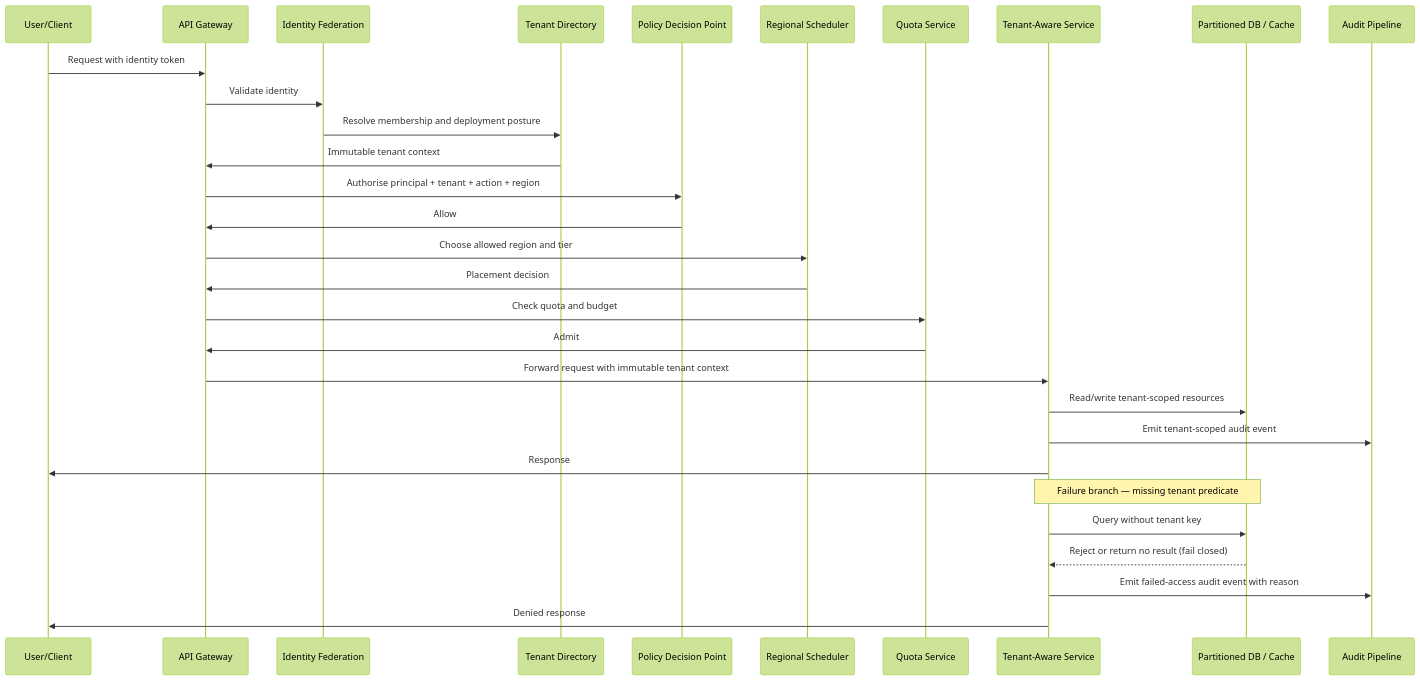
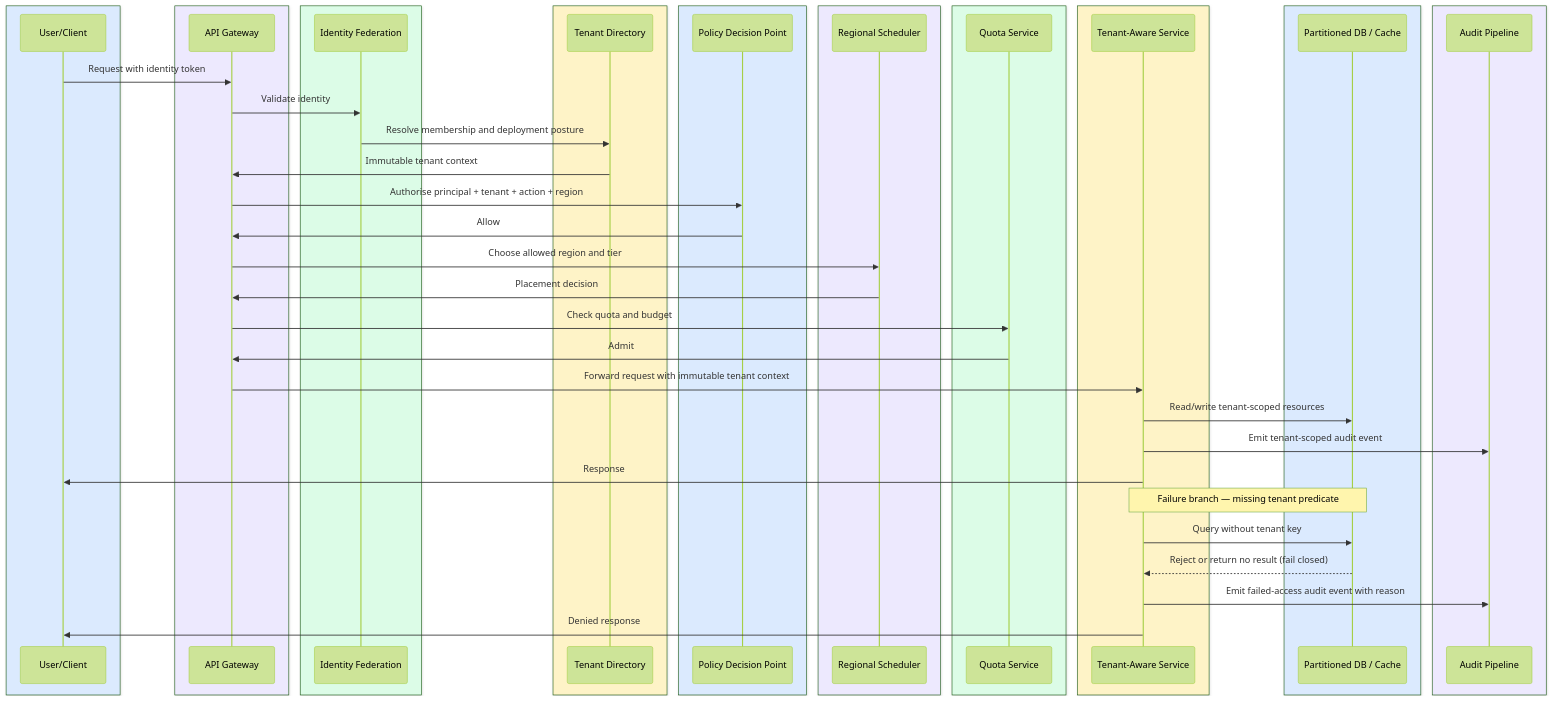
Before and after one commit to Sourav692/Forward-Deployed-Engineer-Interview-Prep: the fifth of 5 diagrams in site/content/modules/15-fde-case-studies/platforms-and-scale/secure-multi-tenant-ai-platform/full-pack-part-2.md, drawn with Mermaid (forest theme). The commit also changed other lines of this file and 1268 other files, not shown here.

Commit message:
content: polish casebook prose and colour Mermaid diagrams

````diff
--- a/site/content/modules/15-fde-case-studies/platforms-and-scale/secure-multi-tenant-ai-platform/full-pack-part-2.md
+++ b/site/content/modules/15-fde-case-studies/platforms-and-scale/secure-multi-tenant-ai-platform/full-pack-part-2.md
@@ -132,32 +203,52 @@
 ```mermaid
 sequenceDiagram
-    participant User as User/Client
-    participant GW as API Gateway
-    participant IF as Identity Federation
-    participant TD as Tenant Directory
-    participant PDP as Policy Decision Point
-    participant RS as Regional Scheduler
-    participant Q as Quota Service
-    participant TAS as Tenant-Aware Service
-    participant DB as Partitioned DB / Cache
-    participant Audit as Audit Pipeline
+    box rgb(219,234,254)
+        participant User as User/Client
+    end
+    box rgb(237,233,254)
+        participant GW as API Gateway
+    end
+    box rgb(220,252,231)
+        participant IF as Identity Federation
+    end
+    box rgb(254,243,199)
+        participant TD as Tenant Directory
+    end
+    box rgb(219,234,254)
+        participant PDP as Policy Decision Point
+    end
+    box rgb(237,233,254)
+        participant RS as Regional Scheduler
+    end
+    box rgb(220,252,231)
+        participant Q as Quota Service
+    end
+    box rgb(254,243,199)
+        participant TAS as Tenant-Aware Service
+    end
+    box rgb(219,234,254)
+        participant DB as Partitioned DB / Cache
+    end
+    box rgb(237,233,254)
+        participant Audit as Audit Pipeline
+    end
     User->>GW: Request with identity token
     GW->>IF: Validate identity
     IF->>TD: Resolve membership and deployment posture
     TD->>GW: Immutable tenant context
     GW->>PDP: Authorise principal + tenant + action + region
     PDP->>GW: Allow
     GW->>RS: Choose allowed region and tier
     RS->>GW: Placement decision
     GW->>Q: Check quota and budget
     Q->>GW: Admit
     GW->>TAS: Forward request with immutable tenant context
     TAS->>DB: Read/write tenant-scoped resources
     TAS->>Audit: Emit tenant-scoped audit event
     TAS->>User: Response
     Note over TAS,DB: Failure branch — missing tenant predicate
     TAS->>DB: Query without tenant key
     DB-->>TAS: Reject or return no result (fail closed)
     TAS->>Audit: Emit failed-access audit event with reason
     TAS->>User: Denied response
 ```
````
